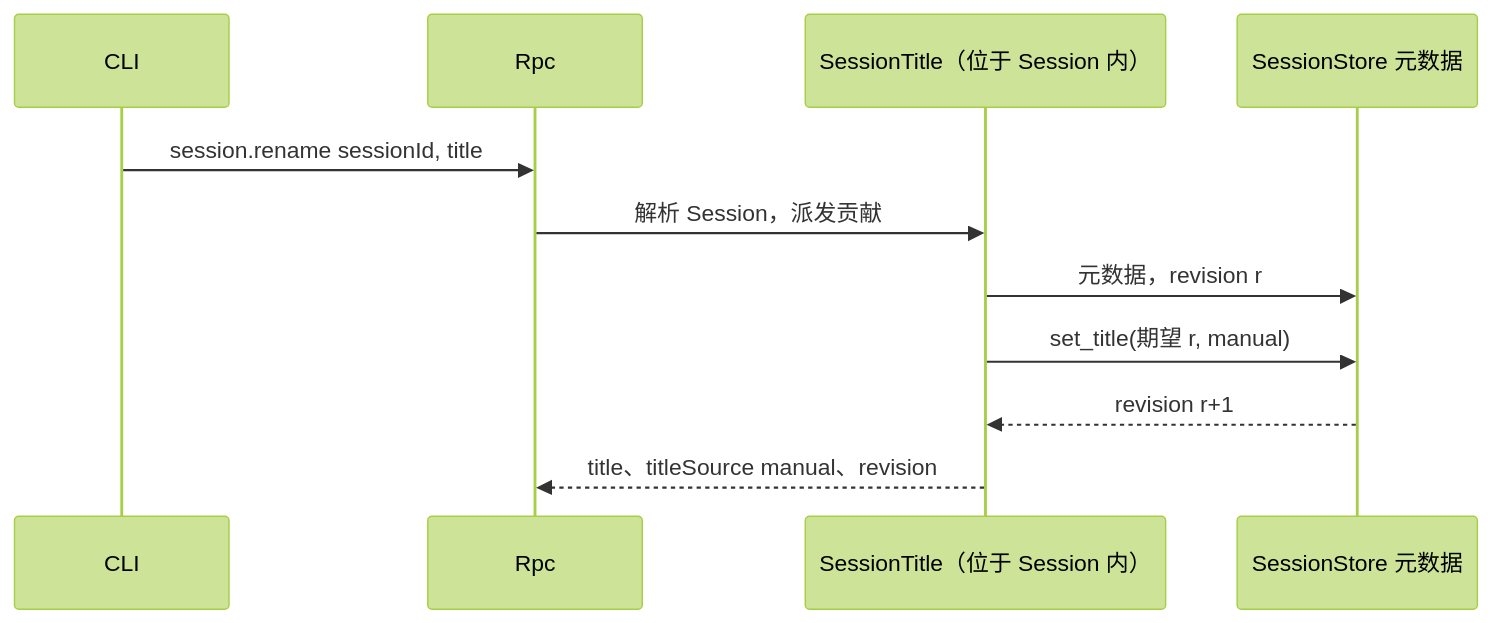
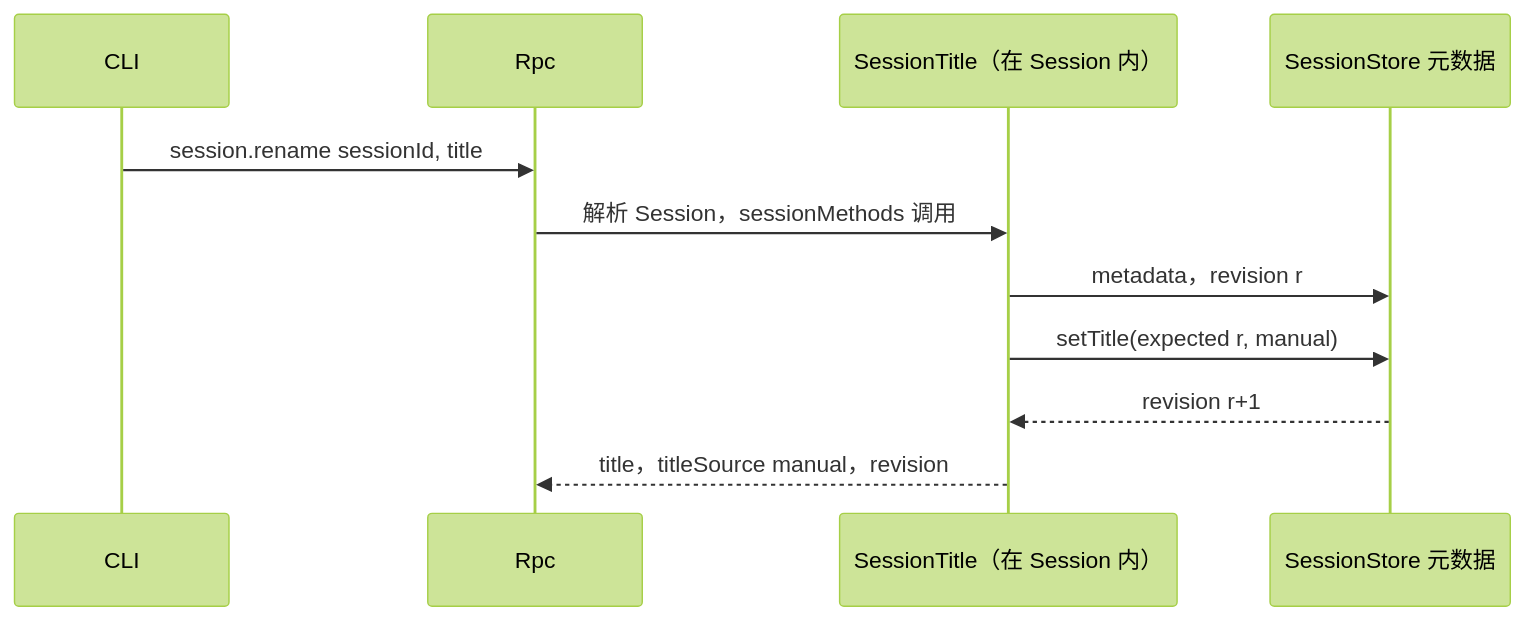
One commit to CoutinhoTTS/dim-agent changed the fourth of 5 diagrams in docs/zh/design/plugins/SessionTitle.md. Above: the diagram before and after it, drawn with Mermaid (forest theme). The commit also changed other lines of this file and 18 other files, not shown here.

````diff
--- a/docs/zh/design/plugins/SessionTitle.md
+++ b/docs/zh/design/plugins/SessionTitle.md
@@ -89,13 +89,13 @@
 ```mermaid
 sequenceDiagram
   participant CLI
   participant Rpc
-  participant ST as SessionTitle（位于 Session 内）
+  participant ST as SessionTitle（在 Session 内）
   participant Meta as SessionStore 元数据
   CLI->>Rpc: session.rename sessionId, title
-  Rpc->>ST: 解析 Session，派发贡献
-  ST->>Meta: 元数据，revision r
-  ST->>Meta: set_title(期望 r, manual)
+  Rpc->>ST: 解析 Session，sessionMethods 调用
+  ST->>Meta: metadata，revision r
+  ST->>Meta: setTitle(expected r, manual)
   Meta-->>ST: revision r+1
-  ST-->>Rpc: title、titleSource manual、revision
+  ST-->>Rpc: title，titleSource manual，revision
 ```
````
